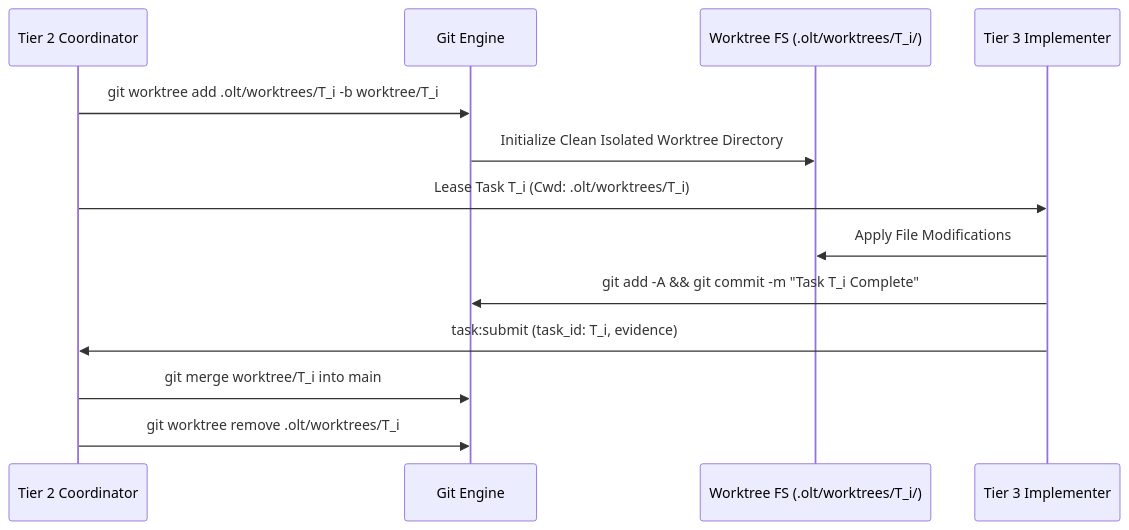
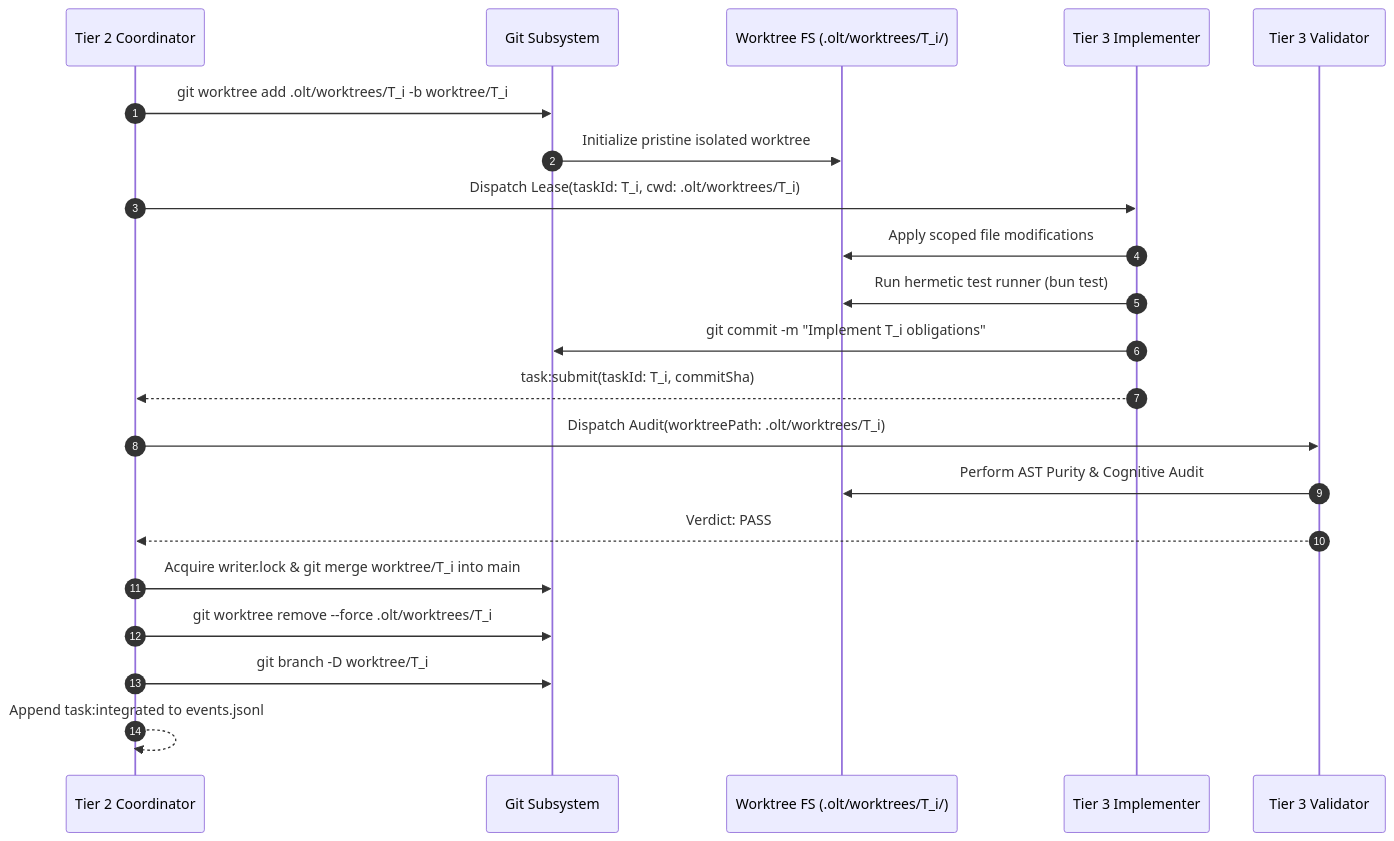
Before and after one commit to onurseckin/skills: the diagram in docs/olt/architecture/11-worktree-branching-honesty/11-01-out-of-repo-git-worktree-isolation.md, drawn with Mermaid. The commit also changed other lines of this file and 83 other files, not shown here.

````diff
--- a/docs/olt/architecture/11-worktree-branching-honesty/11-01-out-of-repo-git-worktree-isolation.md
+++ b/docs/olt/architecture/11-worktree-branching-honesty/11-01-out-of-repo-git-worktree-isolation.md
@@ -59,16 +83,27 @@
 ```mermaid
 sequenceDiagram
+    autonumber
     participant Coord as Tier 2 Coordinator
-    participant Git as Git Engine
+    participant Git as Git Subsystem
     participant FS as Worktree FS (.olt/worktrees/T_i/)
     participant Worker as Tier 3 Implementer
+    participant Val as Tier 3 Validator
 
     Coord->>Git: git worktree add .olt/worktrees/T_i -b worktree/T_i
-    Git->>FS: Initialize Clean Isolated Worktree Directory
-    Coord->>Worker: Lease Task T_i (Cwd: .olt/worktrees/T_i)
-    Worker->>FS: Apply File Modifications
-    Worker->>Git: git add -A && git commit -m "Task T_i Complete"
-    Worker->>Coord: task:submit (task_id: T_i, evidence)
-    Coord->>Git: git merge worktree/T_i into main
-    Coord->>Git: git worktree remove .olt/worktrees/T_i
+    Git->>FS: Initialize pristine isolated worktree
+    Coord->>Worker: Dispatch Lease(taskId: T_i, cwd: .olt/worktrees/T_i)
+
+    Worker->>FS: Apply scoped file modifications
+    Worker->>FS: Run hermetic test runner (bun test)
+    Worker->>Git: git commit -m "Implement T_i obligations"
+    Worker-->>Coord: task:submit(taskId: T_i, commitSha)
+
+    Coord->>Val: Dispatch Audit(worktreePath: .olt/worktrees/T_i)
+    Val->>FS: Perform AST Purity & Cognitive Audit
+    Val-->>Coord: Verdict: PASS
+
+    Coord->>Git: Acquire writer.lock & git merge worktree/T_i into main
+    Coord->>Git: git worktree remove --force .olt/worktrees/T_i
+    Coord->>Git: git branch -D worktree/T_i
+    Coord-->>Coord: Append task:integrated to events.jsonl
 ```
````
